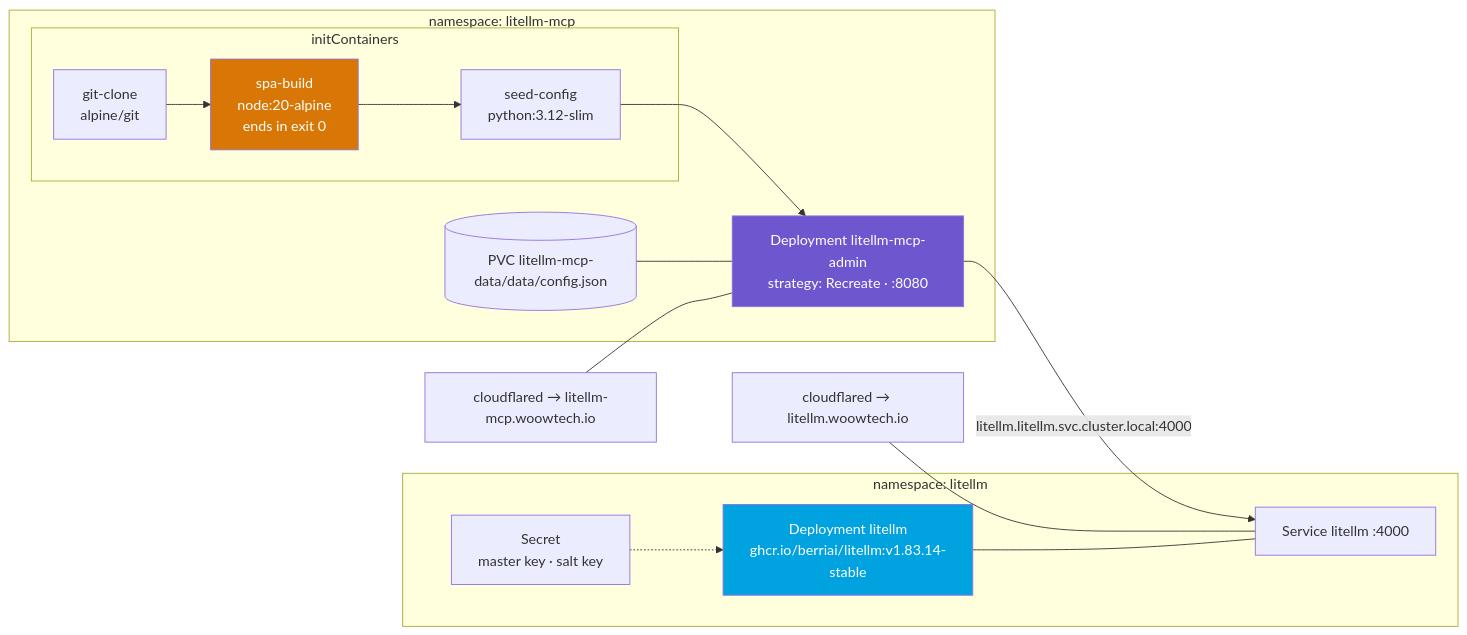
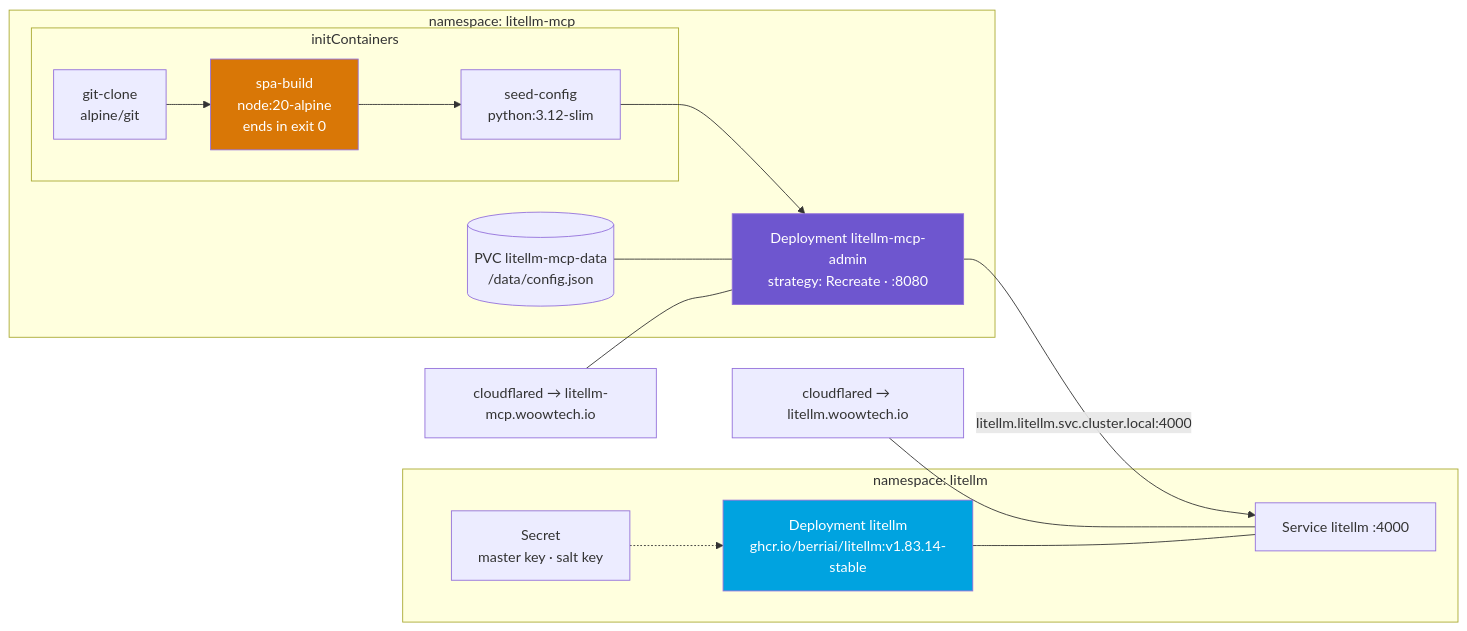
One commit to WOOWTECH/Woow_litellm_mcp_server changed the fourth of 4 diagrams in README.md. Above: the diagram before and after it, drawn with Mermaid.

Commit message:
Consolidate onto the admin deployment path: docs and READMEs

````diff
--- a/README.md
+++ b/README.md
@@ -335,33 +335,33 @@
 ```mermaid
 flowchart LR
     subgraph ns1["namespace: litellm"]
         D1["Deployment litellm<br/>ghcr.io/berriai/litellm:v1.83.14-stable"]
         S1["Service litellm :4000"]
         SEC["Secret<br/>master key · salt key"]
         D1 --- S1
         SEC -.-> D1
     end
 
     subgraph ns2["namespace: litellm-mcp"]
         subgraph init["initContainers"]
             I1["git-clone<br/>alpine/git"]
             I2["spa-build<br/>node:20-alpine<br/>ends in exit 0"]
             I3["seed-config<br/>python:3.12-slim"]
         end
         D2["Deployment litellm-mcp-admin<br/>strategy: Recreate · :8080"]
-        PVC[("PVC litellm-mcp-data<br;>/data/config.json")]
+        PVC[("PVC litellm-mcp-data<br/>/data/config.json")]
         I1 --> I2 --> I3 --> D2
         PVC --- D2
     end
 
     T1["cloudflared → litellm.woowtech.io"]
     T2["cloudflared → litellm-mcp.woowtech.io"]
 
     D2 -->|"litellm.litellm.svc.cluster.local:4000"| S1
     T1 --- S1
     T2 --- D2
 
     style D1 fill:#00A3E0,color:#fff
     style D2 fill:#6E56CF,color:#fff
     style I2 fill:#D97706,color:#fff
 ```
````
